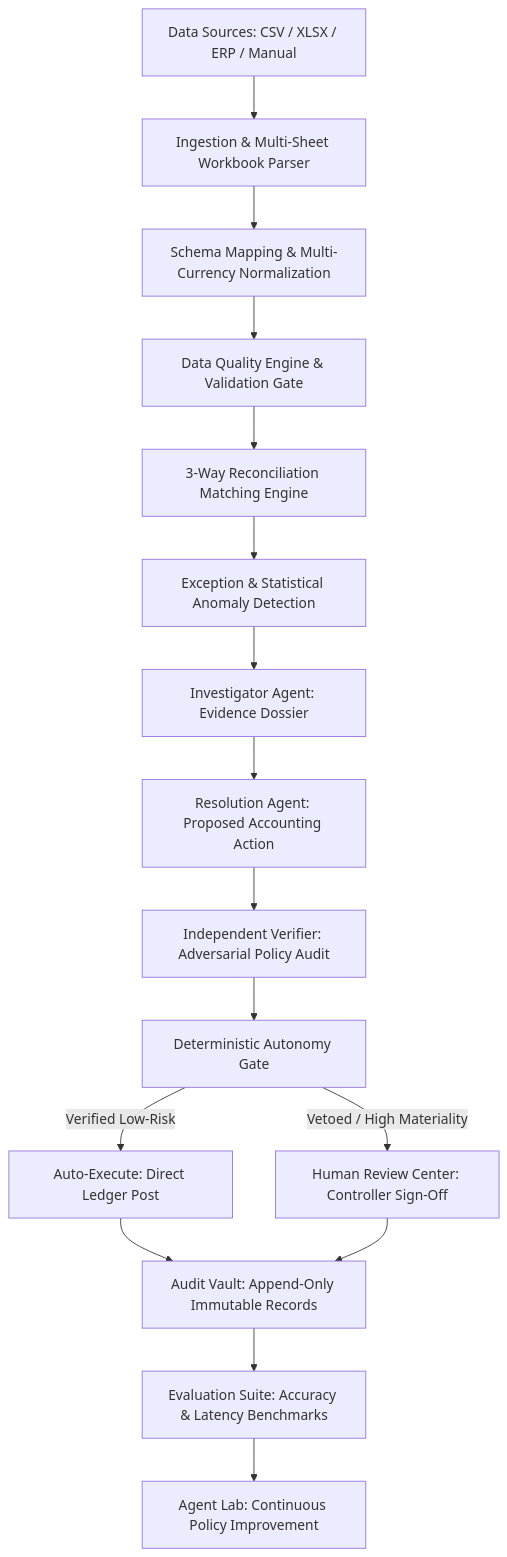
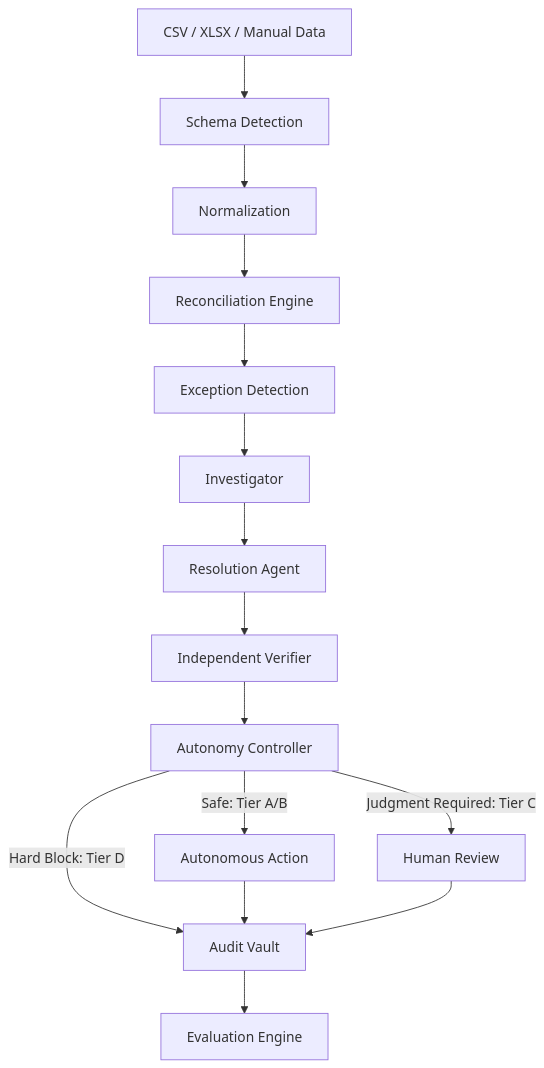
Before and after one commit to maazmohammed112/Ledgerproof: the first of 3 diagrams in README.md, drawn with Mermaid. The commit also changed other lines of this file, not shown here.

Commit message:
docs(release): rebuild README for Track 2 submission with architecture, AO, and Neatlogs diagrams

````diff
--- a/README.md
+++ b/README.md
@@ -87,21 +75,17 @@
 ```mermaid
 flowchart TD
-    DS[Data Sources: CSV / XLSX / ERP / Manual] --> ING[Ingestion & Multi-Sheet Workbook Parser]
-    ING --> NORM[Schema Mapping & Multi-Currency Normalization]
-    NORM --> DQ[Data Quality Engine & Validation Gate]
-    DQ --> REC[3-Way Reconciliation Matching Engine]
-    REC --> EXC[Exception & Statistical Anomaly Detection]
-    EXC --> INV[Investigator Agent: Evidence Dossier]
-    INV --> RES[Resolution Agent: Proposed Accounting Action]
-    RES --> VER[Independent Verifier: Adversarial Policy Audit]
-    VER --> GATE[Deterministic Autonomy Gate]
-    
-    GATE -->|Verified Low-Risk| AUTO[Auto-Execute: Direct Ledger Post]
-    GATE -->|Vetoed / High Materiality| HUMAN[Human Review Center: Controller Sign-Off]
-    
-    AUTO --> AUDIT[Audit Vault: Append-Only Immutable Records]
-    HUMAN --> AUDIT
-    
-    AUDIT --> EVAL[Evaluation Suite: Accuracy & Latency Benchmarks]
-    EVAL --> LAB[Agent Lab: Continuous Policy Improvement]
+    A[CSV / XLSX / Manual Data] --> B[Schema Detection]
+    B --> C[Normalization]
+    C --> D[Reconciliation Engine]
+    D --> E[Exception Detection]
+    E --> F[Investigator]
+    F --> G[Resolution Agent]
+    G --> H[Independent Verifier]
+    H --> I[Autonomy Controller]
+    I -->|Safe: Tier A/B| J[Autonomous Action]
+    I -->|Judgment Required: Tier C| K[Human Review]
+    I -->|Hard Block: Tier D| L[Audit Vault]
+    J --> L
+    K --> L
+    L --> M[Evaluation Engine]
 ```
````
